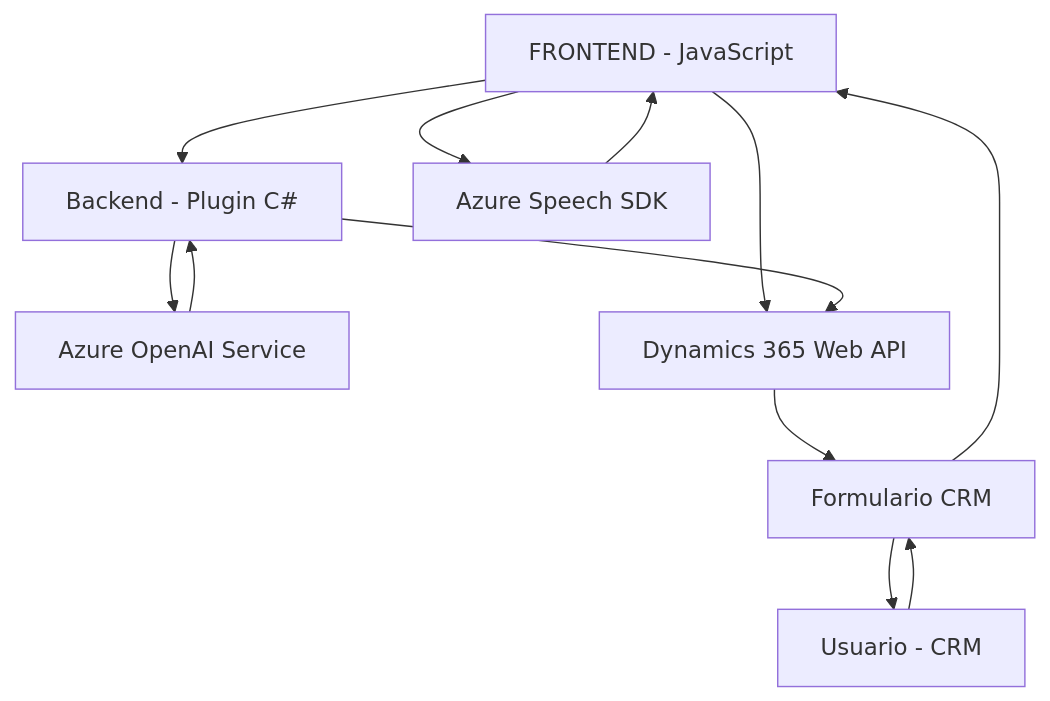
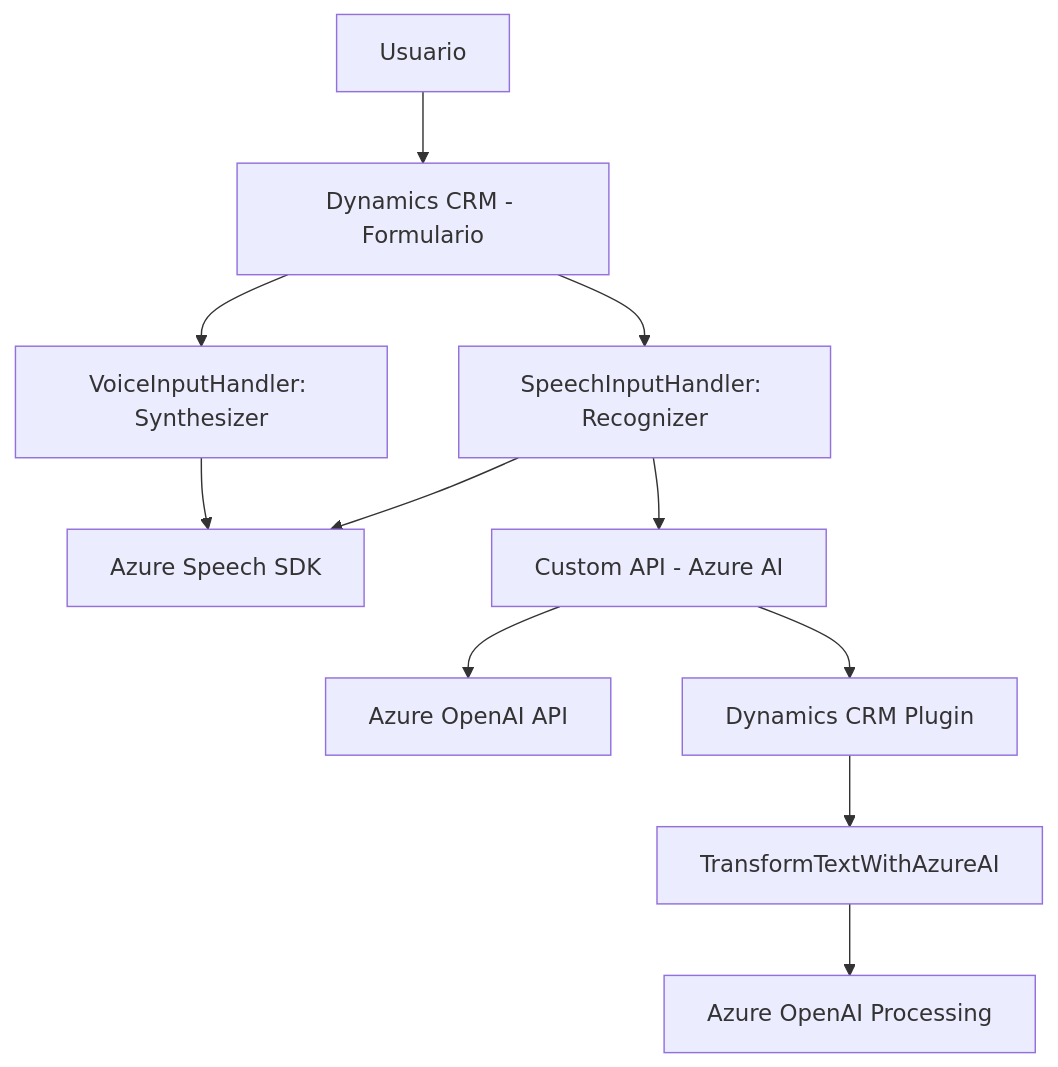
The diagram in README.md (blopezdm/NETCORE_BILBAO2025), drawn with Mermaid before and after one commit. The commit also changed other lines of this file, not shown here.

````diff
--- a/README.md
+++ b/README.md
@@ -62,22 +28,13 @@
 ```mermaid
 graph TD
-    A["FRONTEND - JavaScript"]
-    B["Backend - Plugin C#"]
-    C["Azure Speech SDK"]
-    D["Azure OpenAI Service"]
-    E["Dynamics 365 Web API"]
-    F["Usuario - CRM"]
-    G["Formulario CRM"]
-
-    F --> G
-    G --> F
-    G --> A
-    A --> C
-    A --> E
-    B --> D
-    D --> B
-    A --> B
-    B --> E
-    E --> G
-    C --> A
+A["Usuario"] --> B["Dynamics CRM - Formulario"]
+B --> C["VoiceInputHandler: Synthesizer"]
+B --> D["SpeechInputHandler: Recognizer"]
+C --> E["Azure Speech SDK"]
+D --> E
+D --> F["Custom API - Azure AI"]
+F --> G["Azure OpenAI API"]
+F --> H["Dynamics CRM Plugin"]
+H --> I["TransformTextWithAzureAI"]
+I --> J["Azure OpenAI Processing"]
 ```
````
